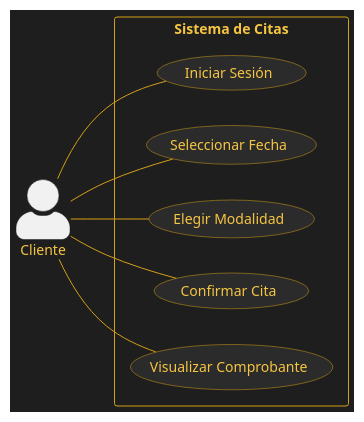
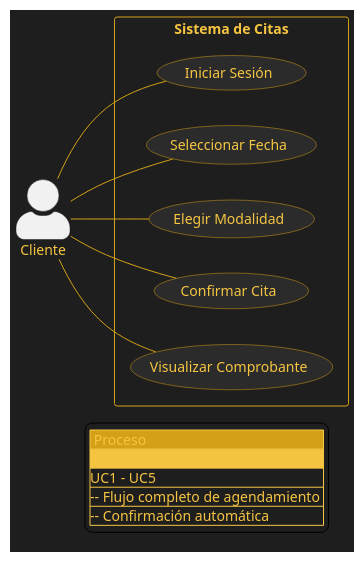
One commit to OscarBuildsBv/SYS_CANDIDATO_DOC changed the diagram in UML/casos-de-uso/caso-uso-citas.puml. Above: the diagram before and after it, drawn with PlantUML. The commit also changed 4 other files, not shown here.

```diff
--- a/UML/casos-de-uso/caso-uso-citas.puml
+++ b/UML/casos-de-uso/caso-uso-citas.puml
@@ -1,43 +1,51 @@
 @startuml
 
 
 skinparam backgroundColor #1E1E1E
 skinparam packageStyle folder
 skinparam shadowing false
 skinparam actorStyle awesome
 
 skinparam package {
     BackgroundColor #1E1E1E
     BorderColor #D4A017
     RoundCorner 10
 }
 
 skinparam usecase {
     BackgroundColor #2B2B2B
     BorderColor #D4A017
     FontColor #F5C542
     ArrowColor #D4A017
 }
 skinparam ArrowColor #D4A017
 skinparam defaultFontColor #F5C542
 left to right direction
 
 actor Cliente
 
 rectangle "Sistema de Citas" {
 
   usecase "Iniciar Sesión" as UC1
   usecase "Seleccionar Fecha" as UC2
   usecase "Elegir Modalidad" as UC3
   usecase "Confirmar Cita" as UC4
   usecase "Visualizar Comprobante" as UC5
 
 }
 
 Cliente -- UC1
 Cliente -- UC2
 Cliente -- UC3
 Cliente -- UC4
 Cliente -- UC5
 
+legend right
+  |<#D4A017> Proceso |
+  |<#F5C542> Interacción Cliente |
+  |UC1 - UC5| Pasos del Sistema |
+  |-- Flujo completo de agendamiento |
+  |-- Confirmación automática |
+endlegend
+
 @enduml
```
